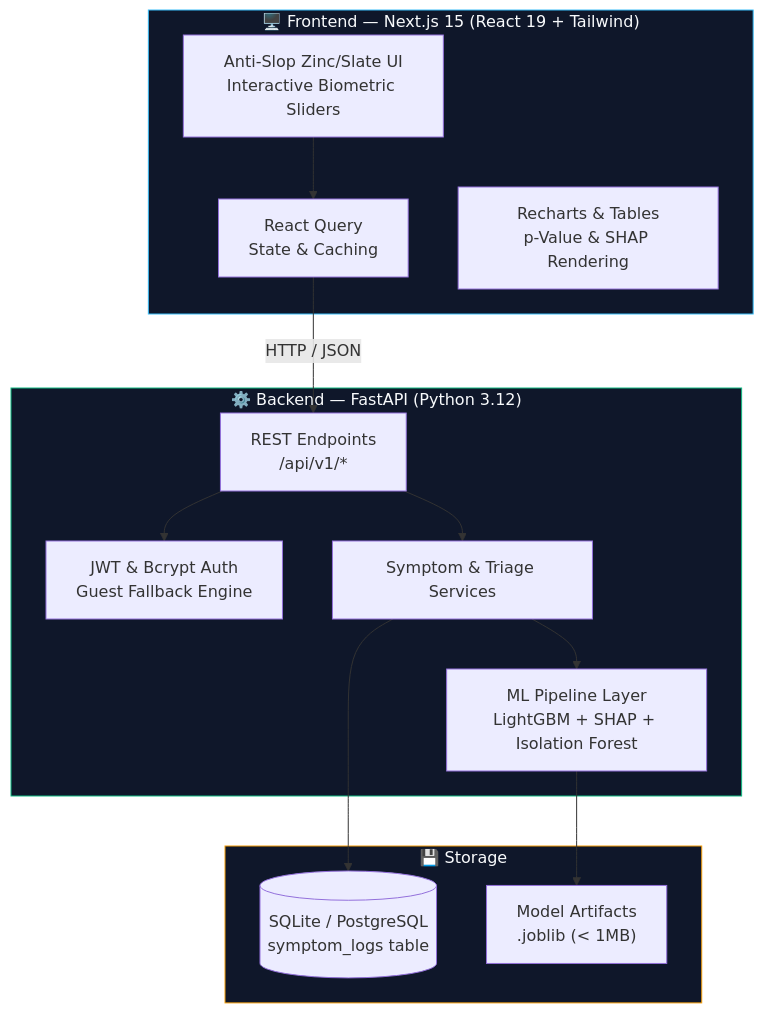
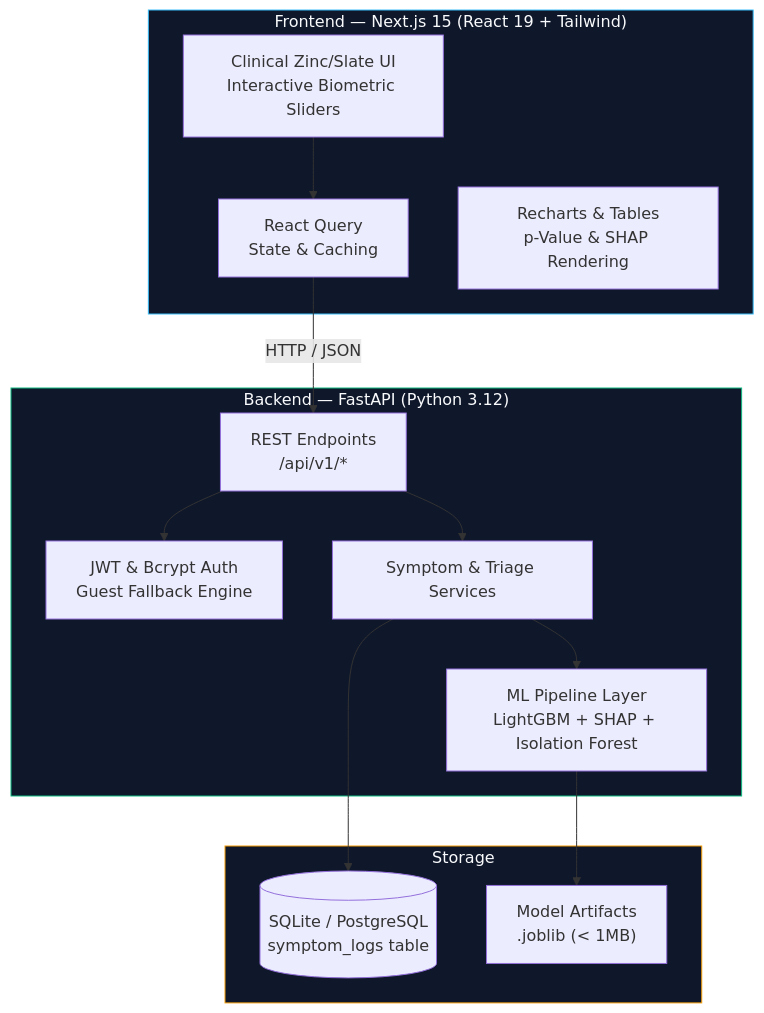
The first of 2 diagrams in README.md (rj9884/healthGuard), drawn with Mermaid before and after one commit. The commit also changed other lines of this file, not shown here.

````diff
--- a/README.md
+++ b/README.md
@@ -68,32 +68,32 @@
 ```mermaid
 graph TB
-    subgraph Client["🖥️ Frontend — Next.js 15 (React 19 + Tailwind)"]
-        UI["Anti-Slop Zinc/Slate UI<br/>Interactive Biometric Sliders"]
+    subgraph Client["Frontend — Next.js 15 (React 19 + Tailwind)"]
+        UI["Clinical Zinc/Slate UI<br/>Interactive Biometric Sliders"]
         RQ["React Query<br/>State & Caching"]
         RC["Recharts & Tables<br/>p-Value & SHAP Rendering"]
     end
 
-    subgraph Server["⚙️ Backend — FastAPI (Python 3.12)"]
+    subgraph Server["Backend — FastAPI (Python 3.12)"]
         API["REST Endpoints<br/>/api/v1/*"]
         AUTH["JWT & Bcrypt Auth<br/>Guest Fallback Engine"]
         SVC["Symptom & Triage Services"]
         ML["ML Pipeline Layer<br/>LightGBM + SHAP + Isolation Forest"]
     end
 
-    subgraph Storage["💾 Storage"]
+    subgraph Storage["Storage"]
         DB[(SQLite / PostgreSQL<br/>symptom_logs table)]
         ART["Model Artifacts<br/>.joblib (< 1MB)"]
     end
 
     UI --> RQ
     RQ -->|HTTP / JSON| API
     API --> AUTH
     API --> SVC
     SVC --> ML
     ML --> ART
     SVC --> DB
 
     style Client fill:#0f172a,stroke:#38bdf8,color:#f8fafc
     style Server fill:#0f172a,stroke:#10b981,color:#f8fafc
     style Storage fill:#0f172a,stroke:#f59e0b,color:#f8fafc
 ```
````
